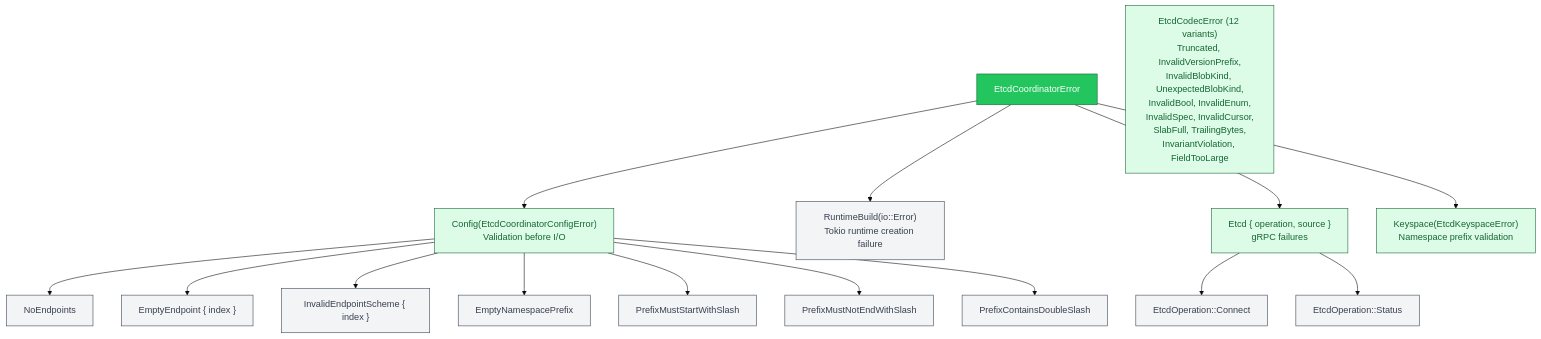
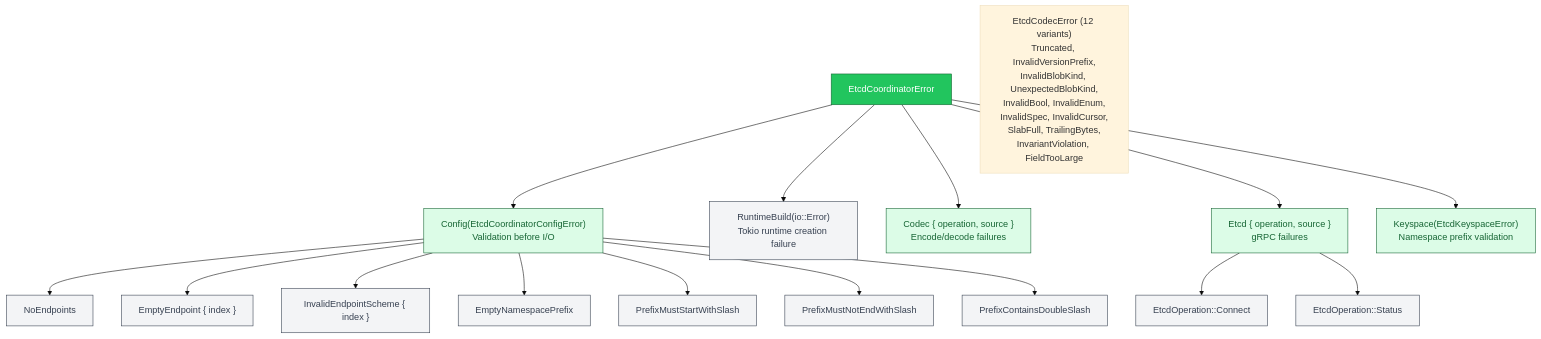
One commit to ahrav/Gossip-rs changed the fifth of 6 diagrams in diagrams/20-etcd-coordinator-persistence.md. Above: the diagram before and after it, drawn with Mermaid (base theme). The commit also changed other lines of this file and 10 other files, not shown here.

First line of the commit message:
Remove line numbers from diagram code reference tables

````diff
--- a/diagrams/20-etcd-coordinator-persistence.md
+++ b/diagrams/20-etcd-coordinator-persistence.md
@@ -340,58 +338,60 @@
 ```mermaid
 %% Diagram: etcd-error-hierarchy
 graph TB
     ECE["EtcdCoordinatorError"]
 
     CFG["Config(EtcdCoordinatorConfigError)<br/>Validation before I/O"]
     RTB["RuntimeBuild(io::Error)<br/>Tokio runtime creation failure"]
+    CODEC_ERR["Codec { operation, source }<br/>Encode/decode failures"]
     ETCD["Etcd { operation, source }<br/>gRPC failures"]
     KSE["Keyspace(EtcdKeyspaceError)<br/>Namespace prefix validation"]
 
     OP_CONNECT["EtcdOperation::Connect"]
     OP_STATUS["EtcdOperation::Status"]
 
     CFGE_NE["NoEndpoints"]
     CFGE_EE["EmptyEndpoint { index }"]
     CFGE_IS["InvalidEndpointScheme { index }"]
     CFGE_EP["EmptyNamespacePrefix"]
     CFGE_SS["PrefixMustStartWithSlash"]
     CFGE_ES["PrefixMustNotEndWithSlash"]
     CFGE_DS["PrefixContainsDoubleSlash"]
 
     CODEC["EtcdCodecError (12 variants)<br/>Truncated, InvalidVersionPrefix,<br/>InvalidBlobKind, UnexpectedBlobKind,<br/>InvalidBool, InvalidEnum,<br/>InvalidSpec, InvalidCursor,<br/>SlabFull, TrailingBytes,<br/>InvariantViolation, FieldTooLarge"]
 
     ECE --> CFG
     ECE --> RTB
+    ECE --> CODEC_ERR
     ECE --> ETCD
     ECE --> KSE
 
     ETCD --> OP_CONNECT
     ETCD --> OP_STATUS
 
     CFG --> CFGE_NE
     CFG --> CFGE_EE
     CFG --> CFGE_IS
     CFG --> CFGE_EP
     CFG --> CFGE_SS
     CFG --> CFGE_ES
     CFG --> CFGE_DS
 
     style ECE fill:#22C55E,stroke:#166534,color:#FFF
     style CFG fill:#DCFCE7,stroke:#166534,color:#166534
     style RTB fill:#F3F4F6,stroke:#374151,color:#374151
     style ETCD fill:#DCFCE7,stroke:#166534,color:#166534
     style KSE fill:#DCFCE7,stroke:#166534,color:#166534
 
     style OP_CONNECT fill:#F3F4F6,stroke:#374151,color:#374151
     style OP_STATUS fill:#F3F4F6,stroke:#374151,color:#374151
 
     style CFGE_NE fill:#F3F4F6,stroke:#374151,color:#374151
     style CFGE_EE fill:#F3F4F6,stroke:#374151,color:#374151
     style CFGE_IS fill:#F3F4F6,stroke:#374151,color:#374151
     style CFGE_EP fill:#F3F4F6,stroke:#374151,color:#374151
     style CFGE_SS fill:#F3F4F6,stroke:#374151,color:#374151
     style CFGE_ES fill:#F3F4F6,stroke:#374151,color:#374151
     style CFGE_DS fill:#F3F4F6,stroke:#374151,color:#374151
 
-    style CODEC fill:#DCFCE7,stroke:#166534,color:#166534
+    style CODEC_ERR fill:#DCFCE7,stroke:#166534,color:#166534
 ```
````
